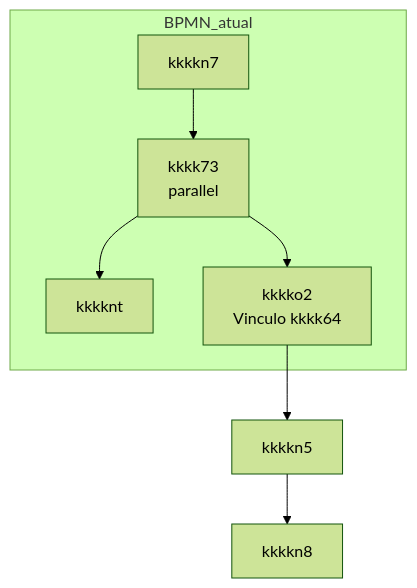
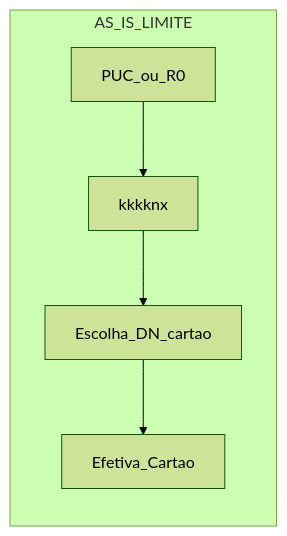
Before and after one commit to fabaodevudi/outros-codigos: the second of 3 diagrams in Java/mm.md, drawn with Mermaid (forest theme). The commit also changed other lines of this file, not shown here.

````diff
--- a/Java/mm.md
+++ b/Java/mm.md
@@ -169,11 +209,13 @@
 ```mermaid
-flowchart TB
-  subgraph BPMN_atual
-    P[kkkkn7]
-    P --> GW[kkkk73<br/>parallel]
-    GW --> R1[kkkknt]
-    GW --> R2[kkkko2<br/>Vinculo kkkk64]
+flowchart LR
+  subgraph AS_IS_LIMITE
+    kkkkhr[PUC_ou_R0]
+    MAP[kkkknx]
+    DN[Escolha_DN_cartao]
+    EFC[Efetiva_Cartao]
+
+    kkkkhr --> MAP
+    MAP --> DN
+    DN --> EFC
   end
-  R2 --> EFC[kkkkn5]
-  EFC --> PEP[kkkkn8]
 ```
````
